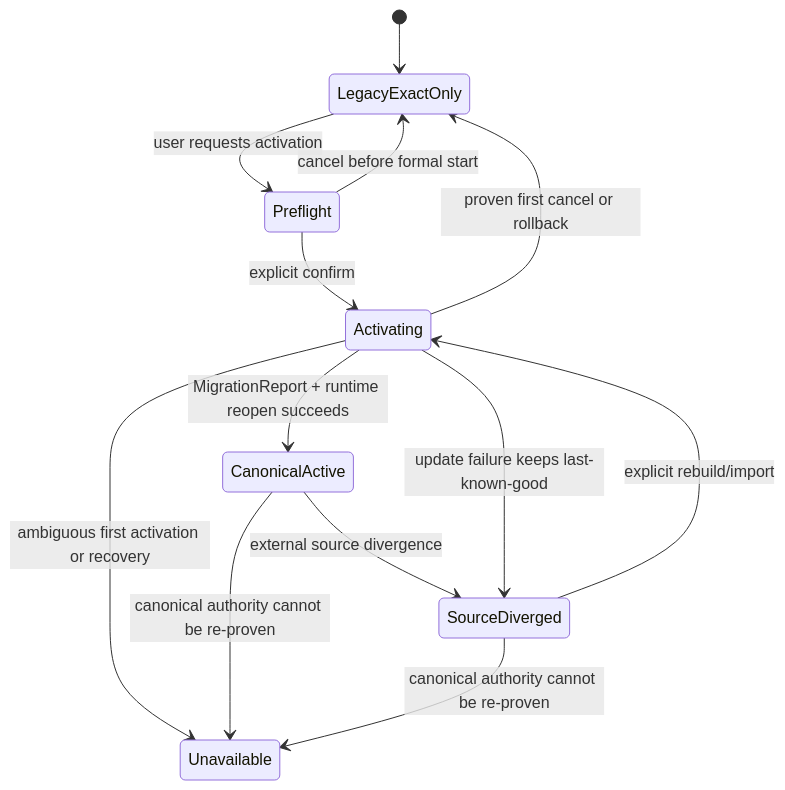
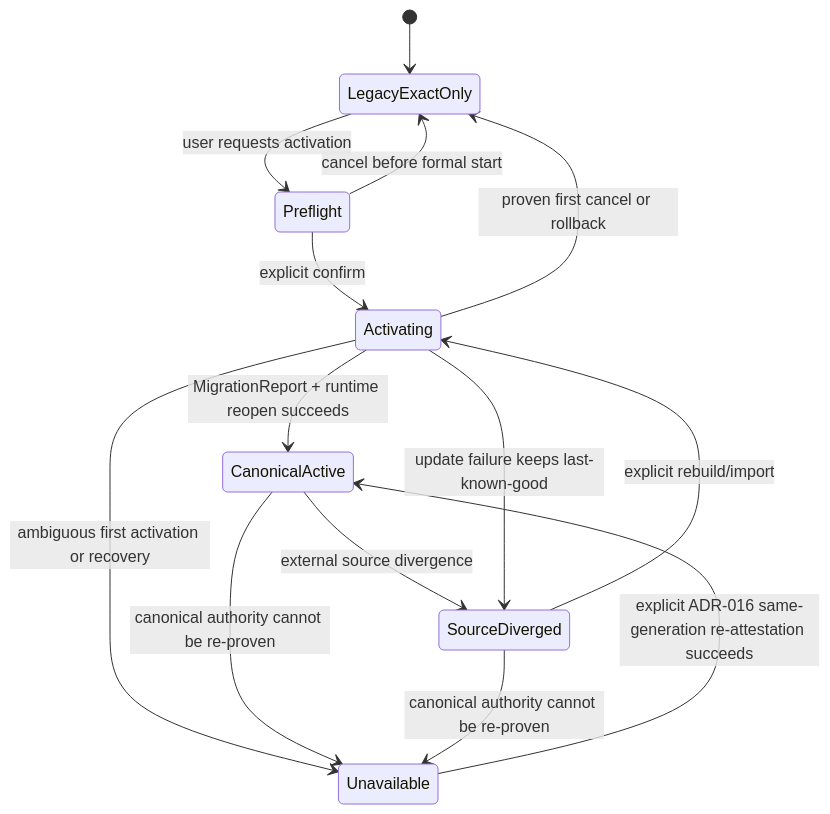
The fourth of 7 diagrams in .kiro/specs/feature5-ui-integration/design.md (BeFringe/LocalCAT), drawn with Mermaid before and after one commit. The commit also changed other lines of this file and 6 other files, not shown here.

````diff
--- a/.kiro/specs/feature5-ui-integration/design.md
+++ b/.kiro/specs/feature5-ui-integration/design.md
@@ -236,15 +236,16 @@
 ```mermaid
 stateDiagram-v2
     [*] --> LegacyExactOnly
     LegacyExactOnly --> Preflight: user requests activation
     Preflight --> LegacyExactOnly: cancel before formal start
     Preflight --> Activating: explicit confirm
     Activating --> CanonicalActive: MigrationReport + runtime reopen succeeds
     Activating --> LegacyExactOnly: proven first cancel or rollback
     Activating --> Unavailable: ambiguous first activation or recovery
     CanonicalActive --> SourceDiverged: external source divergence
     SourceDiverged --> Activating: explicit rebuild/import
     Activating --> SourceDiverged: update failure keeps last-known-good
     CanonicalActive --> Unavailable: canonical authority cannot be re-proven
     SourceDiverged --> Unavailable: canonical authority cannot be re-proven
+    Unavailable --> CanonicalActive: explicit ADR-016 same-generation re-attestation succeeds
 ```
````
